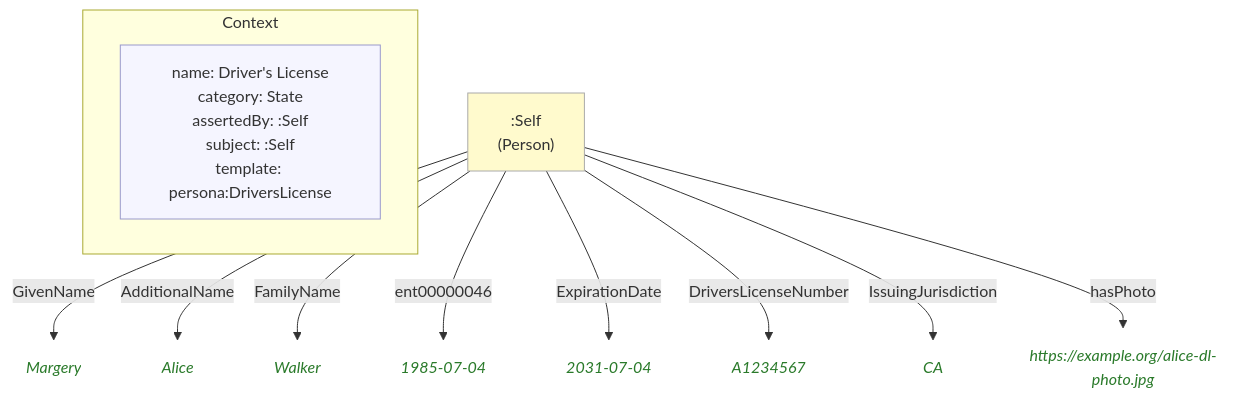
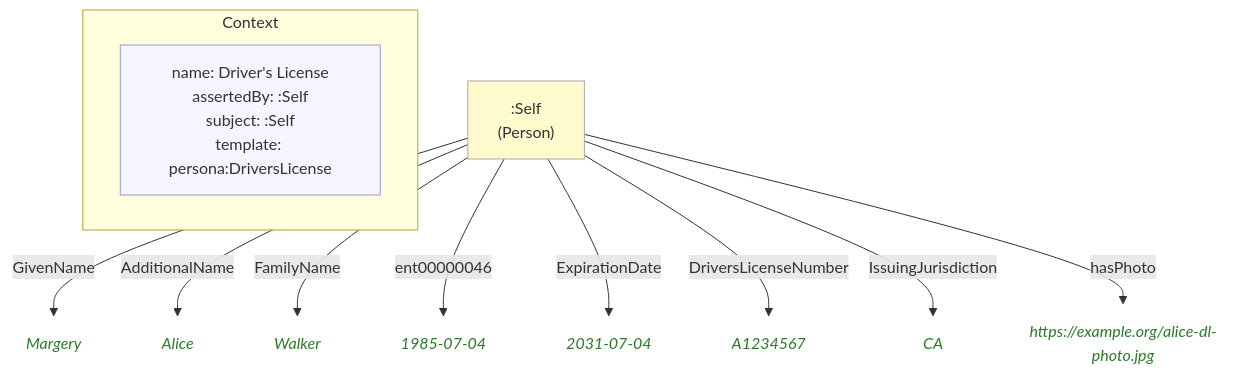
The diagram in example/images/22-alice(driverslicense)alice.mmd (MeeFoundation/mia-ontologies), drawn with Mermaid before and after one commit. The commit also changed 74 other files, not shown here.

First line of the commit message:
Rename c:contextCategory property to c:category (context.ttl v1.0.44)

```diff
--- a/example/images/22-alice(driverslicense)alice.mmd
+++ b/example/images/22-alice(driverslicense)alice.mmd
@@ -1,31 +1,30 @@
-%% ContextCategory: context:State
 flowchart TD
     classDef person fill:#fffacd,stroke:#aaa,color:#333
     classDef grp    fill:#d4edda,stroke:#aaa,color:#333
     classDef org    fill:#cce5ff,stroke:#aaa,color:#333
     classDef lit    fill:none,stroke:none,font-style:italic,color:#2a7a2a
     classDef meta   fill:#f5f5ff,stroke:#9999cc,color:#333
 
     subgraph ctx["Context"]
         direction LR
-        ctx_meta["name: Driver's License\ncategory: State\nassertedBy: :Self\nsubject: :Self\ntemplate: persona:DriversLicense"]:::meta
+        ctx_meta["name: Driver's License\nassertedBy: :Self\nsubject: :Self\ntemplate: persona:DriversLicense"]:::meta
     end
 
     ne0c3ba92f1db[":Self\n(Person)"]:::person
-    n374faffaa3ef("Margery"):::lit
-    n9978e3ba3b32("Alice"):::lit
-    n5e7b2953c3ff("Walker"):::lit
-    ne66052b7fc8e("1985-07-04"):::lit
-    n36e4a4bfac77("2031-07-04"):::lit
-    n306fbd8556fa("A1234567"):::lit
-    n1e0a0cc8f65c("CA"):::lit
+    n8ebbe4ee25d0("Margery"):::lit
+    n457cd1ecb1b4("Alice"):::lit
+    n6658570960b9("Walker"):::lit
+    n9205461c174d("1985-07-04"):::lit
+    neb5a02bc2499("2031-07-04"):::lit
+    n51436645d26f("A1234567"):::lit
+    n73d0302852a0("CA"):::lit
     n776653056055("https://example.org/alice-dl-photo.jpg"):::lit
 
-    ne0c3ba92f1db -->|"GivenName"| n374faffaa3ef
-    ne0c3ba92f1db -->|"AdditionalName"| n9978e3ba3b32
-    ne0c3ba92f1db -->|"FamilyName"| n5e7b2953c3ff
-    ne0c3ba92f1db -->|"ent00000046"| ne66052b7fc8e
-    ne0c3ba92f1db -->|"ExpirationDate"| n36e4a4bfac77
-    ne0c3ba92f1db -->|"DriversLicenseNumber"| n306fbd8556fa
-    ne0c3ba92f1db -->|"IssuingJurisdiction"| n1e0a0cc8f65c
+    ne0c3ba92f1db -->|"GivenName"| n8ebbe4ee25d0
+    ne0c3ba92f1db -->|"AdditionalName"| n457cd1ecb1b4
+    ne0c3ba92f1db -->|"FamilyName"| n6658570960b9
+    ne0c3ba92f1db -->|"ent00000046"| n9205461c174d
+    ne0c3ba92f1db -->|"ExpirationDate"| neb5a02bc2499
+    ne0c3ba92f1db -->|"DriversLicenseNumber"| n51436645d26f
+    ne0c3ba92f1db -->|"IssuingJurisdiction"| n73d0302852a0
     ne0c3ba92f1db -->|"hasPhoto"| n776653056055
```
